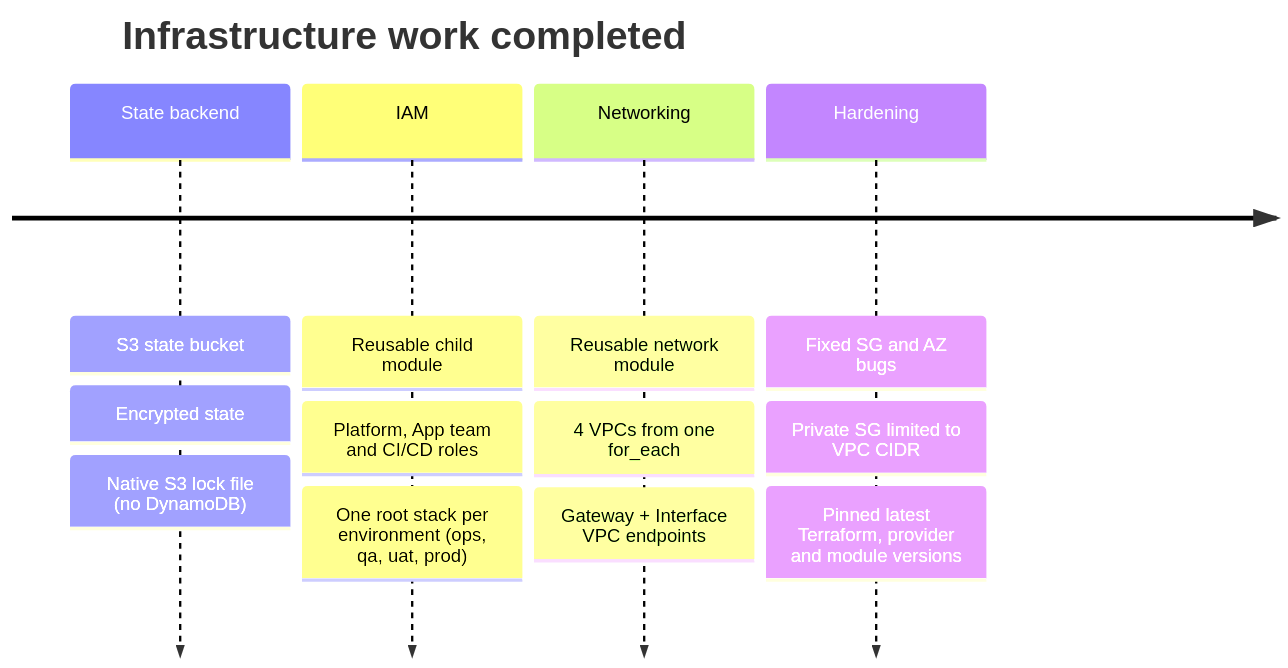
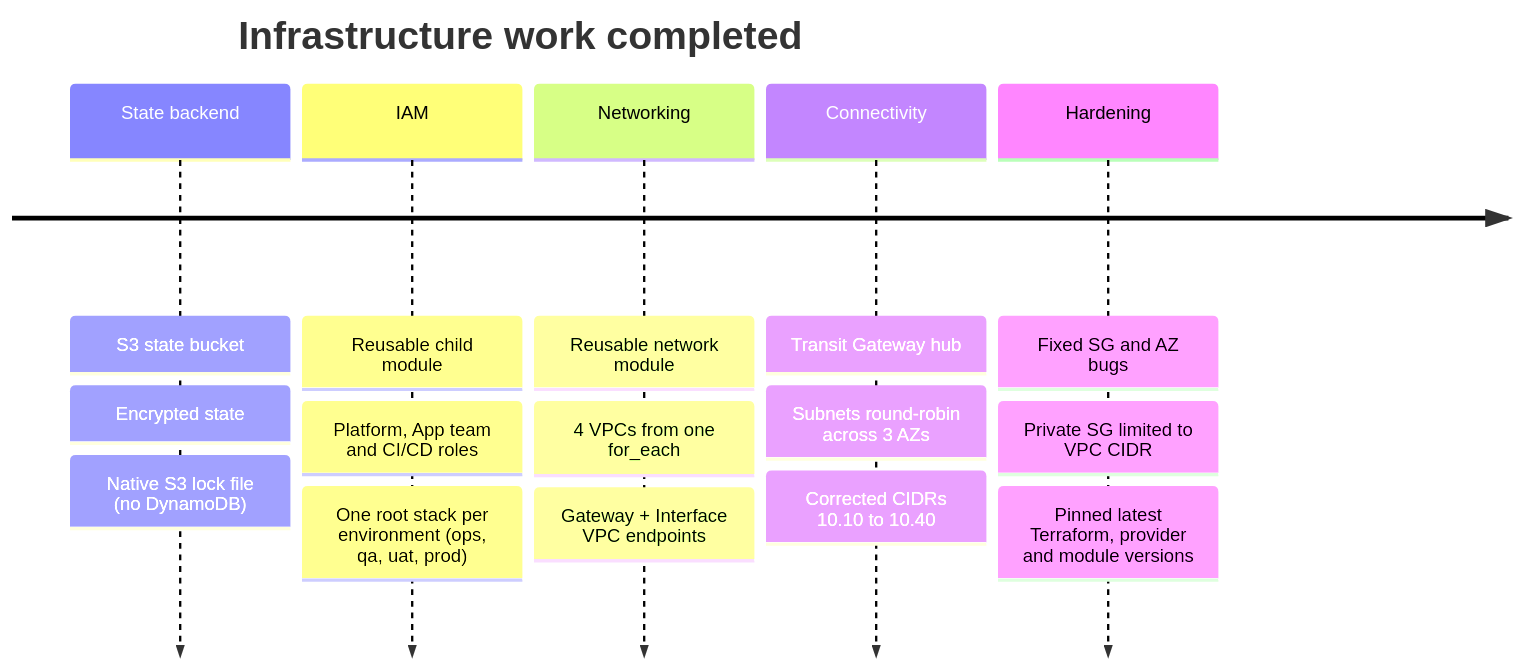
Before and after one commit to muntaha747/FinTech-Enterprise-Project: diagram 19 of 29 in README.md, drawn with Mermaid. The commit also changed other lines of this file and 3 other files, not shown here.

First line of the commit message:
README: animated traffic-flow, topology and state diagrams [skip ci]

````diff
--- a/README.md
+++ b/README.md
@@ -656,8 +748,9 @@
 ```mermaid
 timeline
     title Infrastructure work completed
     State backend : S3 state bucket : Encrypted state : Native S3 lock file (no DynamoDB)
     IAM : Reusable child module : Platform, App team and CI/CD roles : One root stack per environment (ops, qa, uat, prod)
     Networking : Reusable network module : 4 VPCs from one for_each : Gateway + Interface VPC endpoints
+    Connectivity : Transit Gateway hub : Subnets round-robin across 3 AZs : Corrected CIDRs 10.10 to 10.40
     Hardening : Fixed SG and AZ bugs : Private SG limited to VPC CIDR : Pinned latest Terraform, provider and module versions
 ```
````
